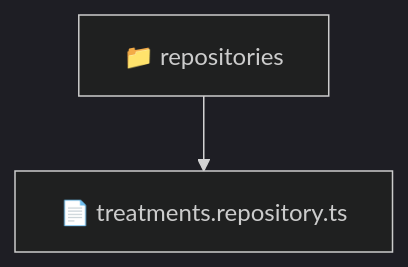
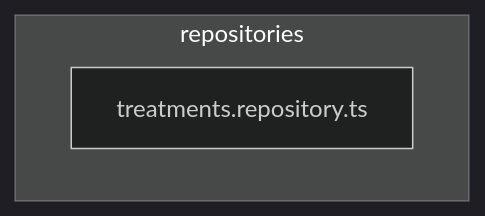
The diagram in backend/src/modules/treatments/infrastructure/repositories/README.md (beginwebdev2002/fullstack-mavluda), drawn with Mermaid (dark theme) before and after one commit. The commit also changed other lines of this file and 163 other files, not shown here.

````diff
--- a/backend/src/modules/treatments/infrastructure/repositories/README.md
+++ b/backend/src/modules/treatments/infrastructure/repositories/README.md
@@ -9,5 +15,6 @@
 ```mermaid
 graph TD
-  Root["📁 repositories"]
-  Root --> treatments_repository_ts["📄 treatments.repository.ts"]
+  subgraph repositories
+    treatments_repository_ts["treatments.repository.ts"]
+  end
 ```
````
